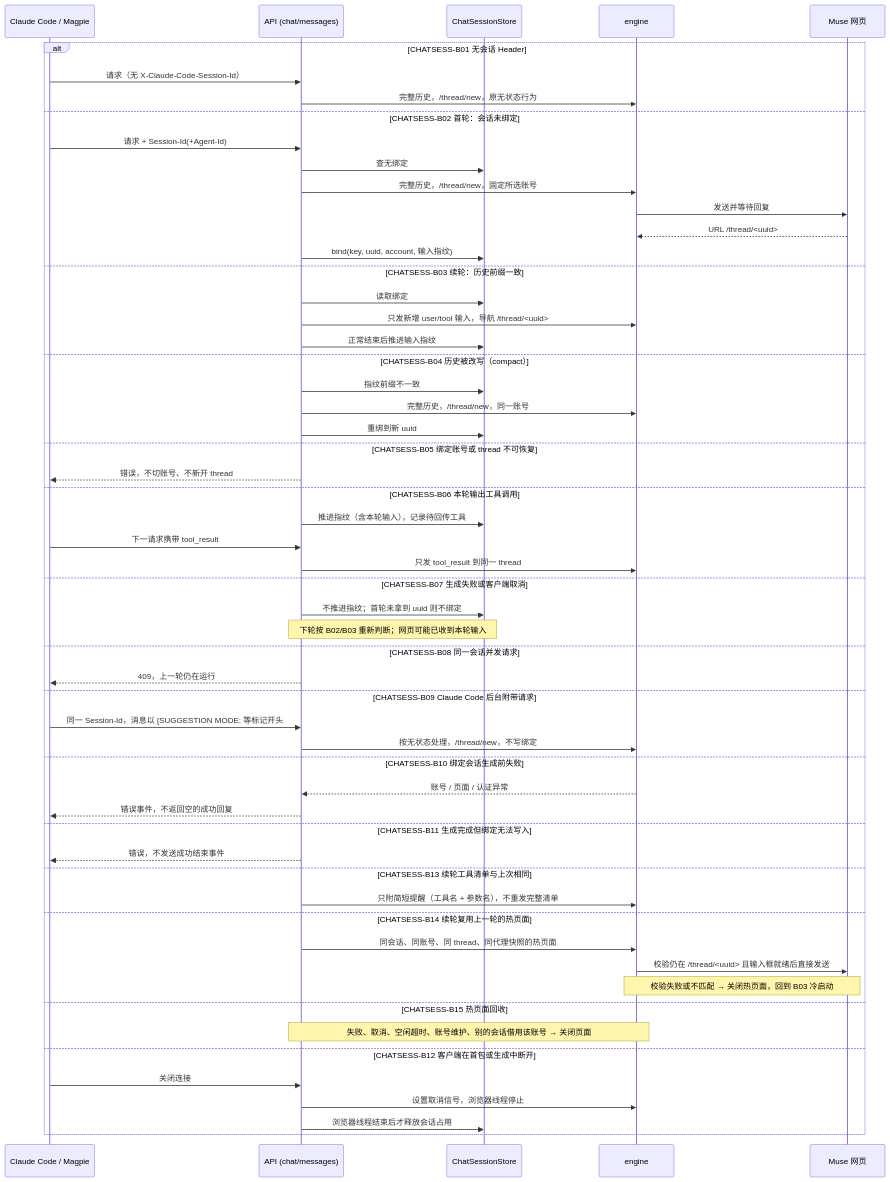
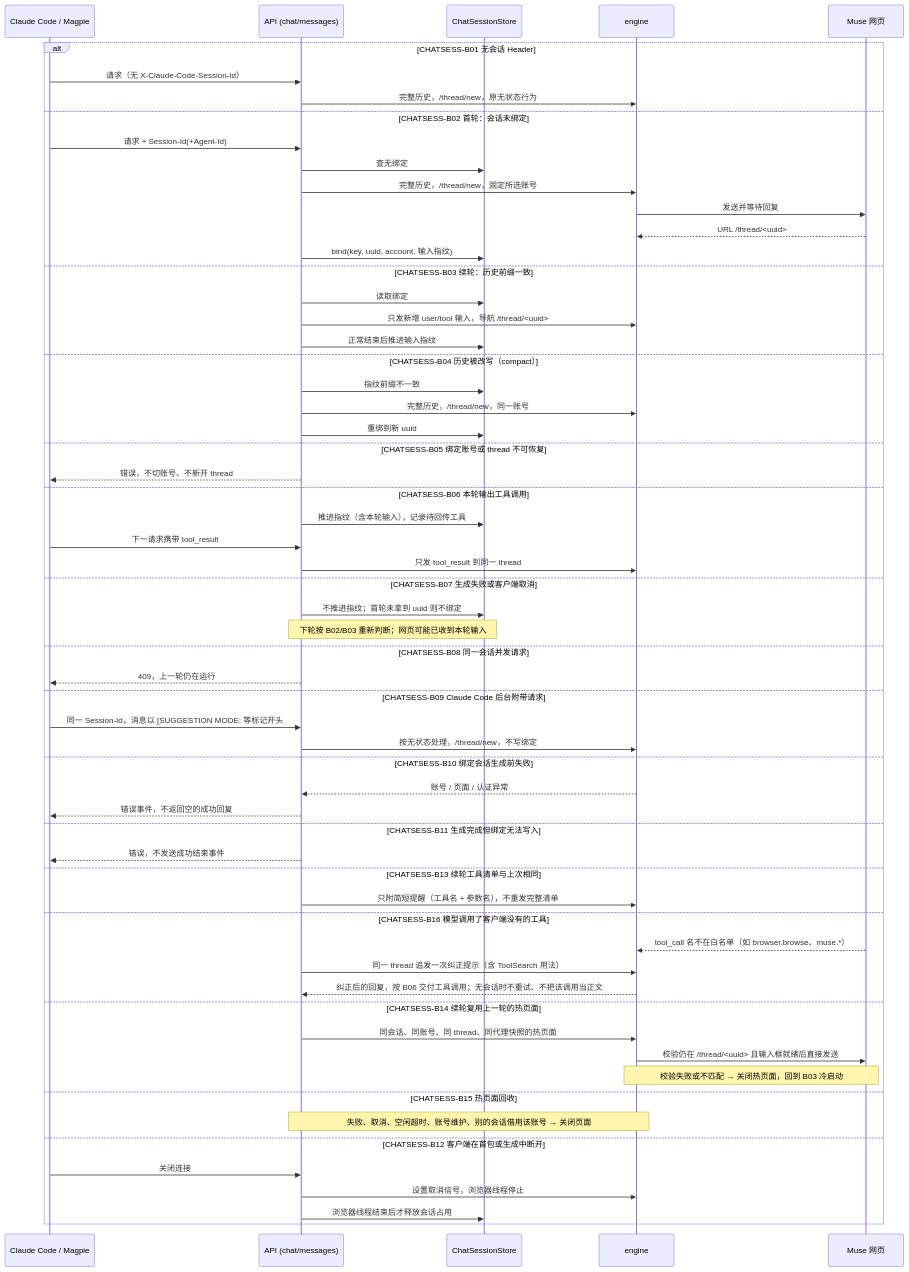
One commit to joslynSmall/muse2api changed the diagram in docs/flows/chat-api/chatsess.md. Above: the diagram before and after it, drawn with Mermaid. The commit also changed other lines of this file and 5 other files, not shown here.

````diff
--- a/docs/flows/chat-api/chatsess.md
+++ b/docs/flows/chat-api/chatsess.md
@@ -32,58 +32,62 @@
 ```mermaid
 sequenceDiagram
     participant C as Claude Code / Magpie
     participant A as API (chat/messages)
     participant S as ChatSessionStore
     participant E as engine
     participant W as Muse 网页
     alt CHATSESS-B01 无会话 Header
         C->>A: 请求（无 X-Claude-Code-Session-Id）
         A->>E: 完整历史，/thread/new，原无状态行为
     else CHATSESS-B02 首轮：会话未绑定
         C->>A: 请求 + Session-Id(+Agent-Id)
         A->>S: 查无绑定
         A->>E: 完整历史，/thread/new，固定所选账号
         E->>W: 发送并等待回复
         W-->>E: URL /thread/<uuid>
         A->>S: bind(key, uuid, account, 输入指纹)
     else CHATSESS-B03 续轮：历史前缀一致
         A->>S: 读取绑定
         A->>E: 只发新增 user/tool 输入，导航 /thread/<uuid>
         A->>S: 正常结束后推进输入指纹
     else CHATSESS-B04 历史被改写（compact）
         A->>S: 指纹前缀不一致
         A->>E: 完整历史，/thread/new，同一账号
         A->>S: 重绑到新 uuid
     else CHATSESS-B05 绑定账号或 thread 不可恢复
         A-->>C: 错误，不切账号、不新开 thread
     else CHATSESS-B06 本轮输出工具调用
         A->>S: 推进指纹（含本轮输入），记录待回传工具
         C->>A: 下一请求携带 tool_result
         A->>E: 只发 tool_result 到同一 thread
     else CHATSESS-B07 生成失败或客户端取消
         A->>S: 不推进指纹；首轮未拿到 uuid 则不绑定
         Note over A,S: 下轮按 B02/B03 重新判断；网页可能已收到本轮输入
     else CHATSESS-B08 同一会话并发请求
         A-->>C: 409，上一轮仍在运行
     else CHATSESS-B09 Claude Code 后台附带请求
         C->>A: 同一 Session-Id，消息以 [SUGGESTION MODE: 等标记开头
         A->>E: 按无状态处理，/thread/new，不写绑定
     else CHATSESS-B10 绑定会话生成前失败
         E-->>A: 账号 / 页面 / 认证异常
         A-->>C: 错误事件，不返回空的成功回复
     else CHATSESS-B11 生成完成但绑定无法写入
         A-->>C: 错误，不发送成功结束事件
     else CHATSESS-B13 续轮工具清单与上次相同
         A->>E: 只附简短提醒（工具名 + 参数名），不重发完整清单
+    else CHATSESS-B16 模型调用了客户端没有的工具
+        W-->>E: tool_call 名不在白名单（如 browser.browse、muse.*）
+        A->>E: 同一 thread 追发一次纠正提示（含 ToolSearch 用法）
+        E-->>A: 纠正后的回复，按 B06 交付工具调用；无会话时不重试、不把该调用当正文
     else CHATSESS-B14 续轮复用上一轮的热页面
         A->>E: 同会话、同账号、同 thread、同代理快照的热页面
         E->>W: 校验仍在 /thread/<uuid> 且输入框就绪后直接发送
         Note over E,W: 校验失败或不匹配 → 关闭热页面，回到 B03 冷启动
     else CHATSESS-B15 热页面回收
         Note over A,E: 失败、取消、空闲超时、账号维护、别的会话借用该账号 → 关闭页面
     else CHATSESS-B12 客户端在首包或生成中断开
         C->>A: 关闭连接
         A->>E: 设置取消信号，浏览器线程停止
         A->>S: 浏览器线程结束后才释放会话占用
     end
 ```
````
